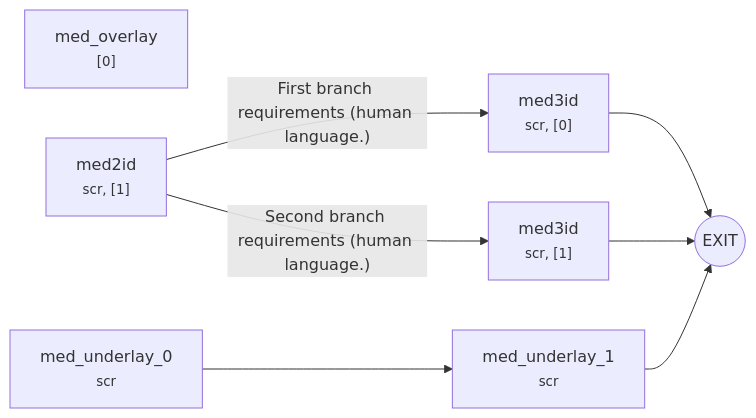
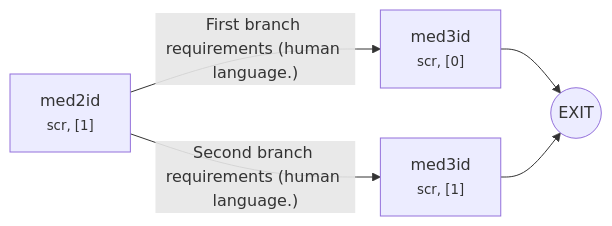
Before and after one commit to TABLEAUX-THEORY/001-tm-mvn: the second of 4 diagrams in design_doc.md, drawn with Mermaid. The commit also changed other lines of this file, not shown here.

````diff
--- a/design_doc.md
+++ b/design_doc.md
@@ -69,25 +67,18 @@
 ```mermaid
-flowchart LR
-  %% Overlays
-  o0["med_overlay<br><small>[0]"]
-  
+flowchart LR  
   %% Vals
   EX((EXIT))
   med2id_1["med2id<br><small>scr, [1]"]
   med3id_0["med3id<br><small>scr, [0]"]
   med3id_1["med3id<br><small>scr, [1]"]
 
   %% Flow
 
   med2id_1 -->|"First branch requirements (human language.)"| med3id_0
   med2id_1 -->|"Second branch requirements (human language.)"| med3id_1
   %%All go to the same exit... There may be exit branches out of the 
   %% loop but these are explained one level up the stack, as loops,
   %% as mediums, may have variable numbers of exit branches.
   med3id_0 -->EX
   med3id_1 -->EX
-  
-  %% Underlays
-  %% Though it is likely rare that more than one thread has a flow, I added an example here to show that it is possible. They can even cause an exit. It is also worth noting that, just because the thread has a flow, it does not need to reach the exit point. Only a single thread is required to reach exit in order for a loop to be valid.
-  o1["med_underlay_0<br><small>scr"]-->o2["med_underlay_1<br><small>scr"]-->EX
 ```
````
